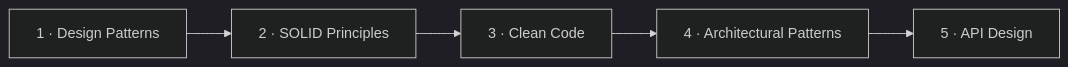
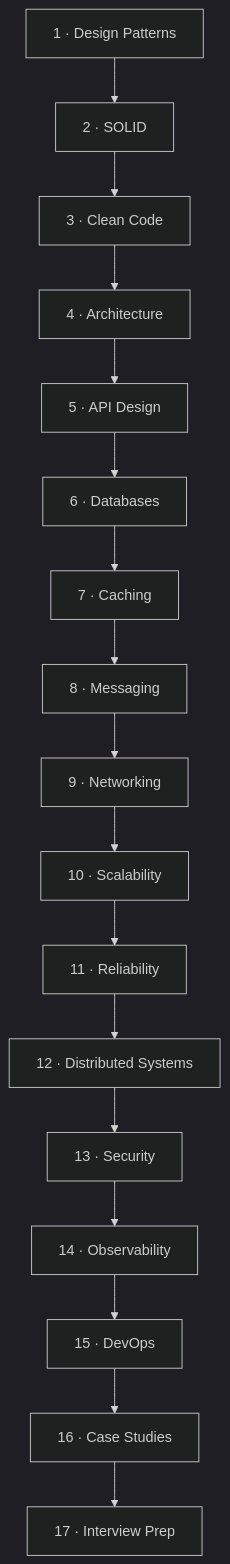
One commit to absolute-bonkers/.github changed the diagram in profile/README.md. Above: the diagram before and after it, drawn with Mermaid (dark theme). The commit also changed other lines of this file, not shown here.

````diff
--- a/profile/README.md
+++ b/profile/README.md
@@ -47,7 +47,19 @@
 ```mermaid
-flowchart LR
-    M1["1 · Design Patterns"] --> M2["2 · SOLID Principles"]
+flowchart TB
+    M1["1 · Design Patterns"] --> M2["2 · SOLID"]
     M2 --> M3["3 · Clean Code"]
-    M3 --> M4["4 · Architectural Patterns"]
+    M3 --> M4["4 · Architecture"]
     M4 --> M5["5 · API Design"]
+    M5 --> M6["6 · Databases"]
+    M6 --> M7["7 · Caching"]
+    M7 --> M8["8 · Messaging"]
+    M8 --> M9["9 · Networking"]
+    M9 --> M10["10 · Scalability"]
+    M10 --> M11["11 · Reliability"]
+    M11 --> M12["12 · Distributed Systems"]
+    M12 --> M13["13 · Security"]
+    M13 --> M14["14 · Observability"]
+    M14 --> M15["15 · DevOps"]
+    M15 --> M16["16 · Case Studies"]
+    M16 --> M17["17 · Interview Prep"]
 ```
````
